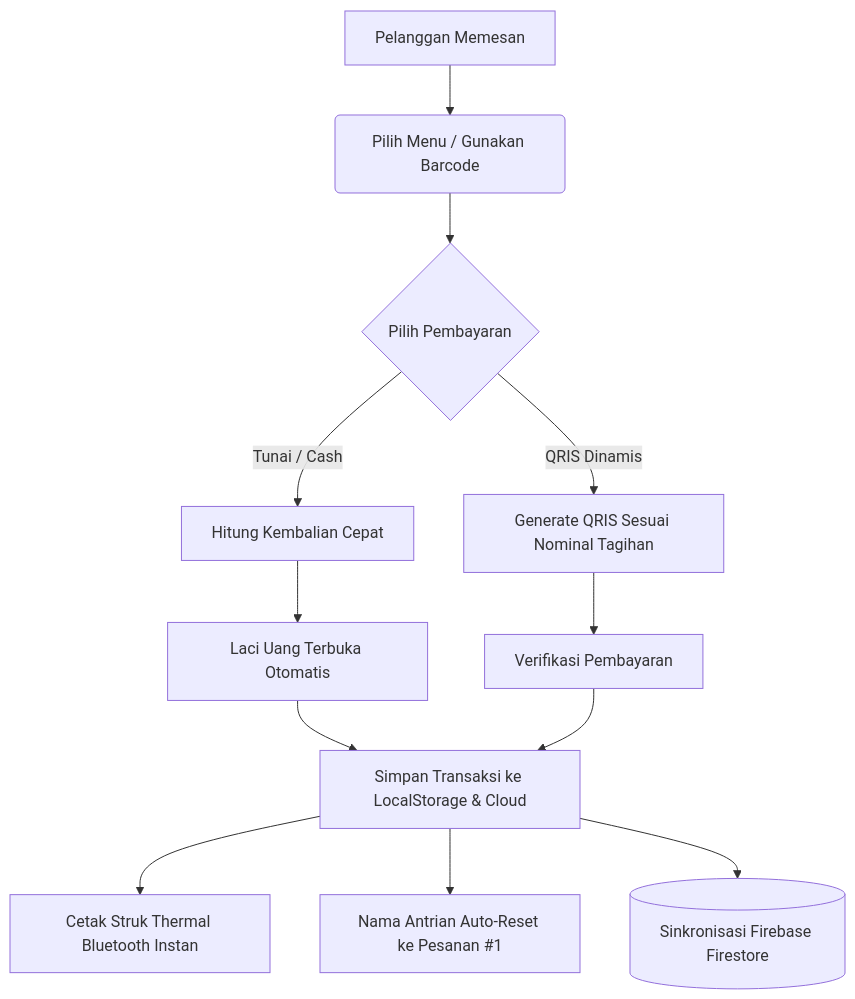
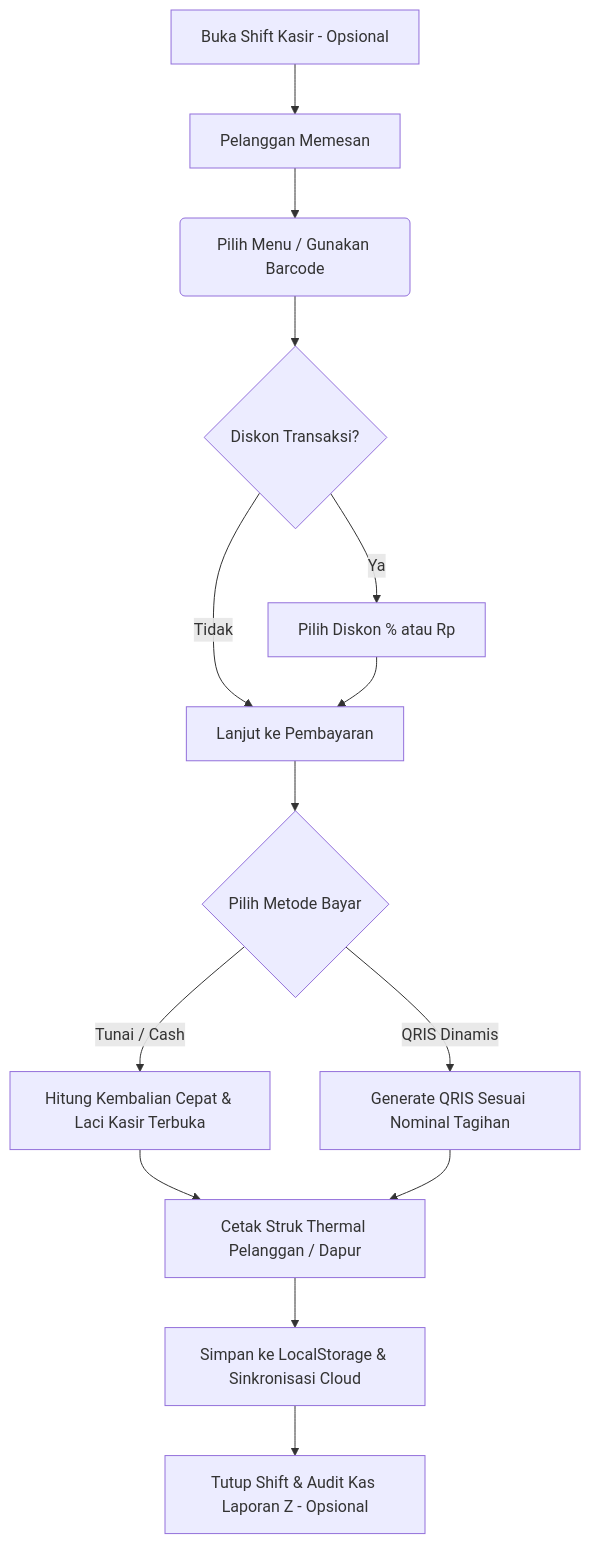
The diagram in README.md (miezlearning/umkm-prototype), drawn with Mermaid before and after one commit. The commit also changed other lines of this file and 2 other files, not shown here.

````diff
--- a/README.md
+++ b/README.md
@@ -68,14 +75,16 @@
 ```mermaid
 graph TD
-    A[Pelanggan Memesan] --> B(Pilih Menu / Gunakan Barcode)
-    B --> C{Pilih Pembayaran}
-    C -->|Tunai / Cash| D[Hitung Kembalian Cepat]
-    C -->|QRIS Dinamis| E[Generate QRIS Sesuai Nominal Tagihan]
-    D --> F[Laci Uang Terbuka Otomatis]
-    E --> G[Verifikasi Pembayaran]
-    F --> H[Simpan Transaksi ke LocalStorage & Cloud]
-    G --> H
-    H --> I[Cetak Struk Thermal Bluetooth Instan]
-    H --> J[Nama Antrian Auto-Reset ke Pesanan #1]
-    H --> K[(Sinkronisasi Firebase Firestore)]
+    A[Buka Shift Kasir - Opsional] --> B[Pelanggan Memesan]
+    B --> C(Pilih Menu / Gunakan Barcode)
+    C --> D{Diskon Transaksi?}
+    D -->|Ya| E[Pilih Diskon % atau Rp]
+    D -->|Tidak| F[Lanjut ke Pembayaran]
+    E --> F
+    F --> G{Pilih Metode Bayar}
+    G -->|Tunai / Cash| H[Hitung Kembalian Cepat & Laci Kasir Terbuka]
+    G -->|QRIS Dinamis| I[Generate QRIS Sesuai Nominal Tagihan]
+    H --> J[Cetak Struk Thermal Pelanggan / Dapur]
+    I --> J
+    J --> K[Simpan ke LocalStorage & Sinkronisasi Cloud]
+    K --> L[Tutup Shift & Audit Kas Laporan Z - Opsional]
 ```
````
